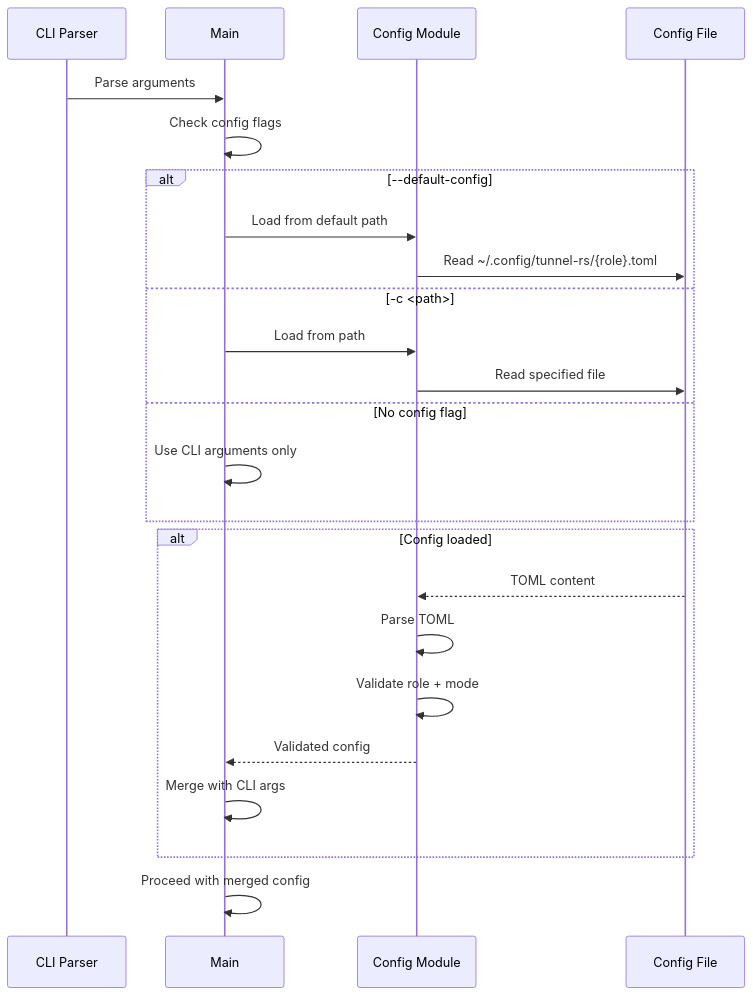
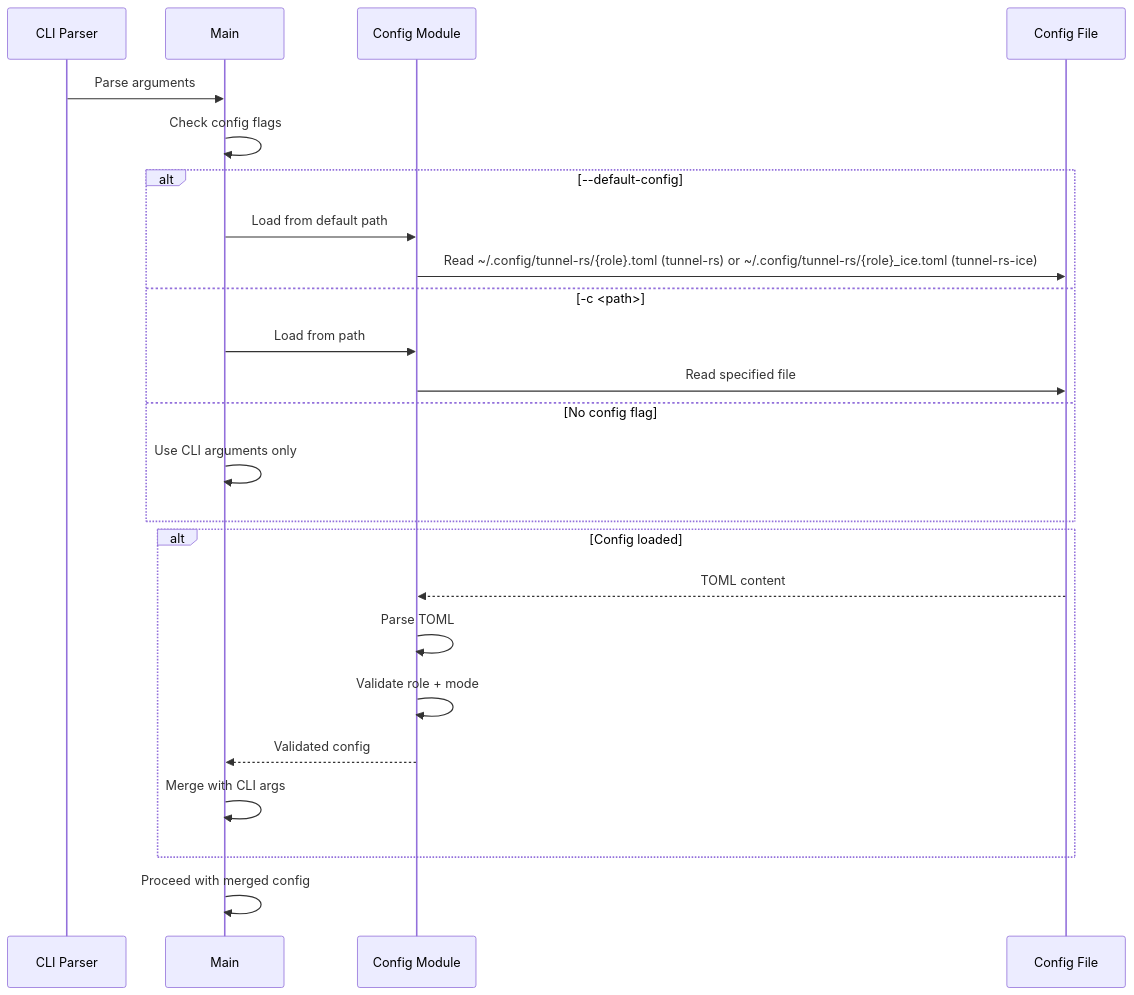
Diagram 23 of 35 in docs/ARCHITECTURE.md (andrewtheguy/vpn-rs), drawn with Mermaid before and after one commit. The commit also changed other lines of this file and 8 other files, not shown here.

````diff
--- a/docs/ARCHITECTURE.md
+++ b/docs/ARCHITECTURE.md
@@ -985,30 +985,30 @@
 ```mermaid
 sequenceDiagram
     participant CLI as CLI Parser
     participant Main as Main
     participant Config as Config Module
     participant File as Config File
     
     CLI->>Main: Parse arguments
     Main->>Main: Check config flags
     
     alt --default-config
         Main->>Config: Load from default path
-        Config->>File: Read ~/.config/tunnel-rs/{role}.toml
+        Config->>File: Read ~/.config/tunnel-rs/{role}.toml (tunnel-rs) or ~/.config/tunnel-rs/{role}_ice.toml (tunnel-rs-ice)
     else -c <path>
         Main->>Config: Load from path
         Config->>File: Read specified file
     else No config flag
         Main->>Main: Use CLI arguments only
     end
     
     alt Config loaded
         File-->>Config: TOML content
         Config->>Config: Parse TOML
         Config->>Config: Validate role + mode
         Config-->>Main: Validated config
         Main->>Main: Merge with CLI args
     end
     
     Main->>Main: Proceed with merged config
 ```
````
